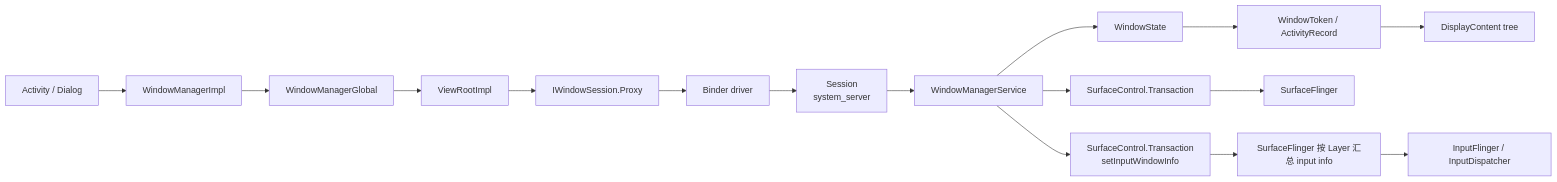
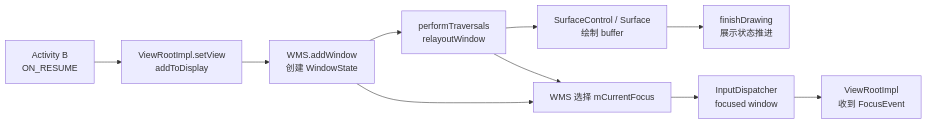
The first of 2 diagrams in Android源码学习/19-WMS窗口管理与焦点切换.md (junyingzhao001/StudyNotes), drawn with Mermaid before and after one commit. The commit also changed other lines of this file and 93 other files, not shown here.

````diff
--- a/Android源码学习/19-WMS窗口管理与焦点切换.md
+++ b/Android源码学习/19-WMS窗口管理与焦点切换.md
@@ -75,18 +46,17 @@
 ```mermaid
 flowchart LR
-    A["Activity / Dialog"] --> WM["WindowManagerImpl"]
-    WM --> WMG["WindowManagerGlobal"]
-    WMG --> VRI["ViewRootImpl"]
-    VRI --> SESSION["IWindowSession.Proxy"]
-    SESSION --> BINDER["Binder driver"]
-    BINDER --> S["Session<br/>system_server"]
-    S --> WMS["WindowManagerService"]
-    WMS --> WS["WindowState"]
-    WS --> TOKEN["WindowToken / ActivityRecord"]
-    TOKEN --> DC["DisplayContent tree"]
-    WMS --> SC["SurfaceControl.Transaction"]
-    SC --> SF["SurfaceFlinger"]
-    WMS --> IMETA["SurfaceControl.Transaction<br/>setInputWindowInfo"]
-    IMETA --> SF2["SurfaceFlinger 按 Layer 汇总 input info"]
-    SF2 --> IM["InputFlinger / InputDispatcher"]
+    R["Activity B<br/>ON_RESUME"]
+    A["ViewRootImpl.setView<br/>addToDisplay"]
+    W["WMS.addWindow<br/>创建 WindowState"]
+    L["performTraversals<br/>relayoutWindow"]
+    S["SurfaceControl / Surface<br/>绘制 buffer"]
+    D["finishDrawing<br/>展示状态推进"]
+    F["WMS 选择 mCurrentFocus"]
+    I["InputDispatcher<br/>focused window"]
+    V["ViewRootImpl<br/>收到 FocusEvent"]
+
+    R --> A --> W --> L --> S --> D
+    W --> F
+    L --> F
+    F --> I --> V
 ```
````
